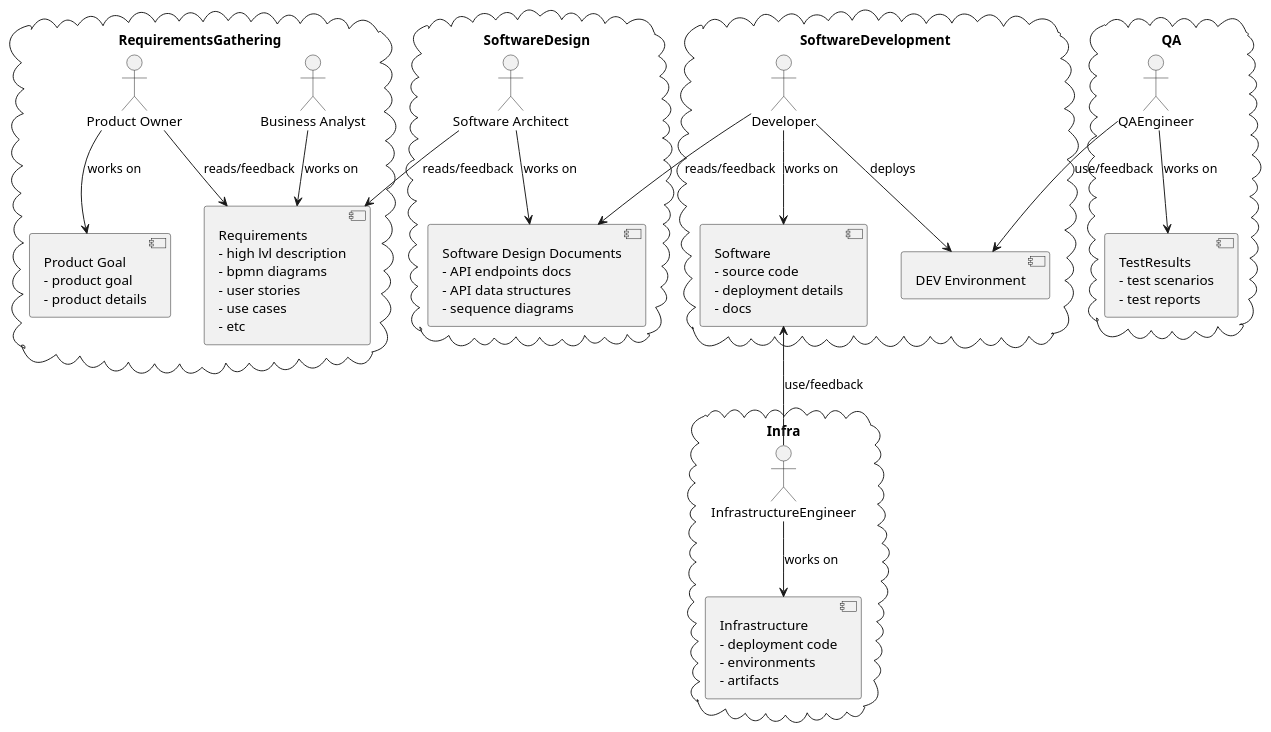
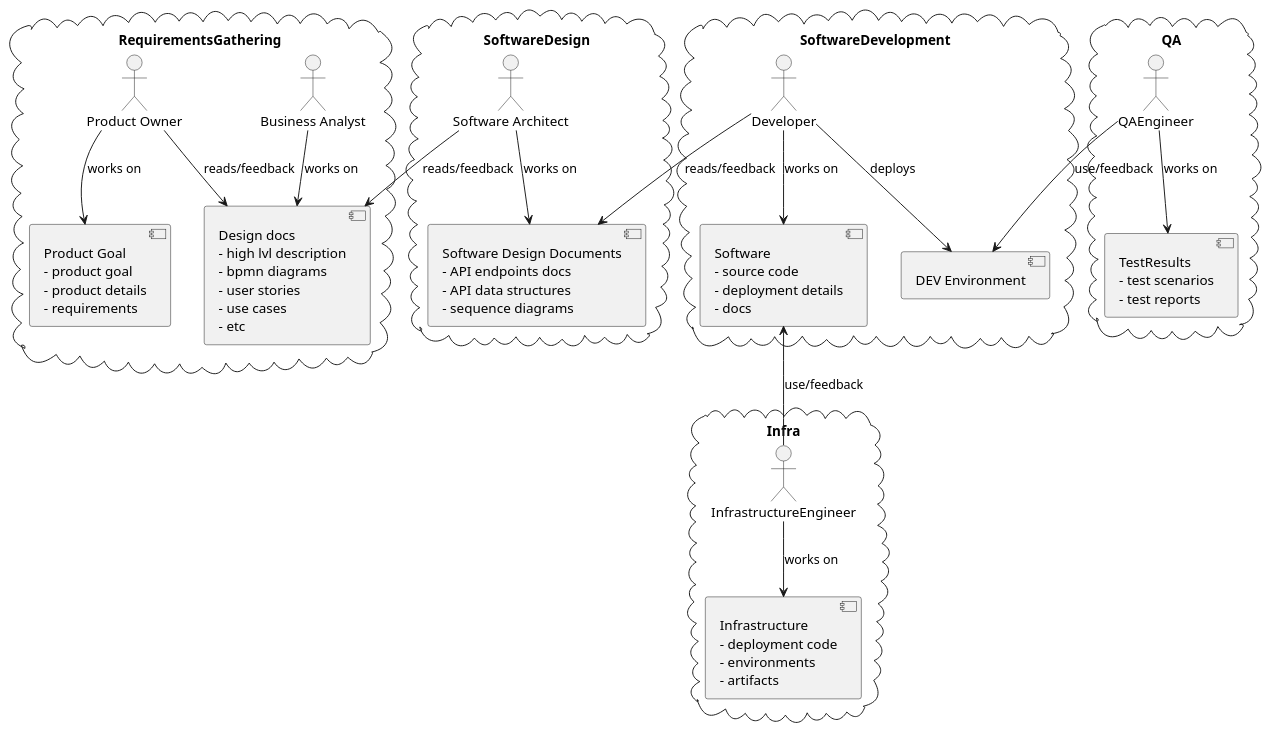
The diagram in docs/diagrams/development/flow.puml (ProzorroUKR/openprocurement.api), drawn with PlantUML before and after one commit. The commit also changed 6 other files, not shown here.

```diff
--- a/docs/diagrams/development/flow.puml
+++ b/docs/diagrams/development/flow.puml
@@ -1,94 +1,95 @@
 @startuml
 
 
 cloud RequirementsGathering {
     actor "Product Owner" as PO
     component ProductGoal [
         Product Goal
         - product goal
         - product details
+        - requirements
     ]
     PO --> ProductGoal: works on
 
     component Requirements [
-        Requirements
+        Design docs
         - high lvl description
         - bpmn diagrams
         - user stories
         - use cases
         - etc
     ]
     PO --> Requirements: reads/feedback
 
     actor "Business Analyst" as BA
 
 
     BA --> Requirements: works on
 }
 
 
 cloud SoftwareDesign {
     actor "Software Architect" as SA
     SA --> Requirements:  reads/feedback
 
     component SoftwareDesignDocuments [
         Software Design Documents
         - API endpoints docs
         - API data structures
         - sequence diagrams
     ]
     SA --> SoftwareDesignDocuments: works on
 }
 
 
 cloud SoftwareDevelopment {
     actor Developer
 
     component Software [
         Software
         - source code
         - deployment details
         - docs
     ]
 
     Developer --> SoftwareDesignDocuments: reads/feedback
     Developer --> Software: works on
 
 
     component DEVEnvironment [
         DEV Environment
     ]
     Developer --> DEVEnvironment: deploys
 }
 
 cloud QA {
     actor QAEngineer
 
     component TestResults [
         TestResults
         - test scenarios
         - test reports
     ]
 
     QAEngineer --> DEVEnvironment: use/feedback
     QAEngineer --> TestResults: works on
 }
 
 cloud Infra {
     actor InfrastructureEngineer
 
     component Infrastructure [
         Infrastructure
         - deployment code
         - environments
         - artifacts
     ]
 
     InfrastructureEngineer -up-> Software: use/feedback
     InfrastructureEngineer --> Infrastructure: works on
 
 }
 
 
 
 @enduml
```
